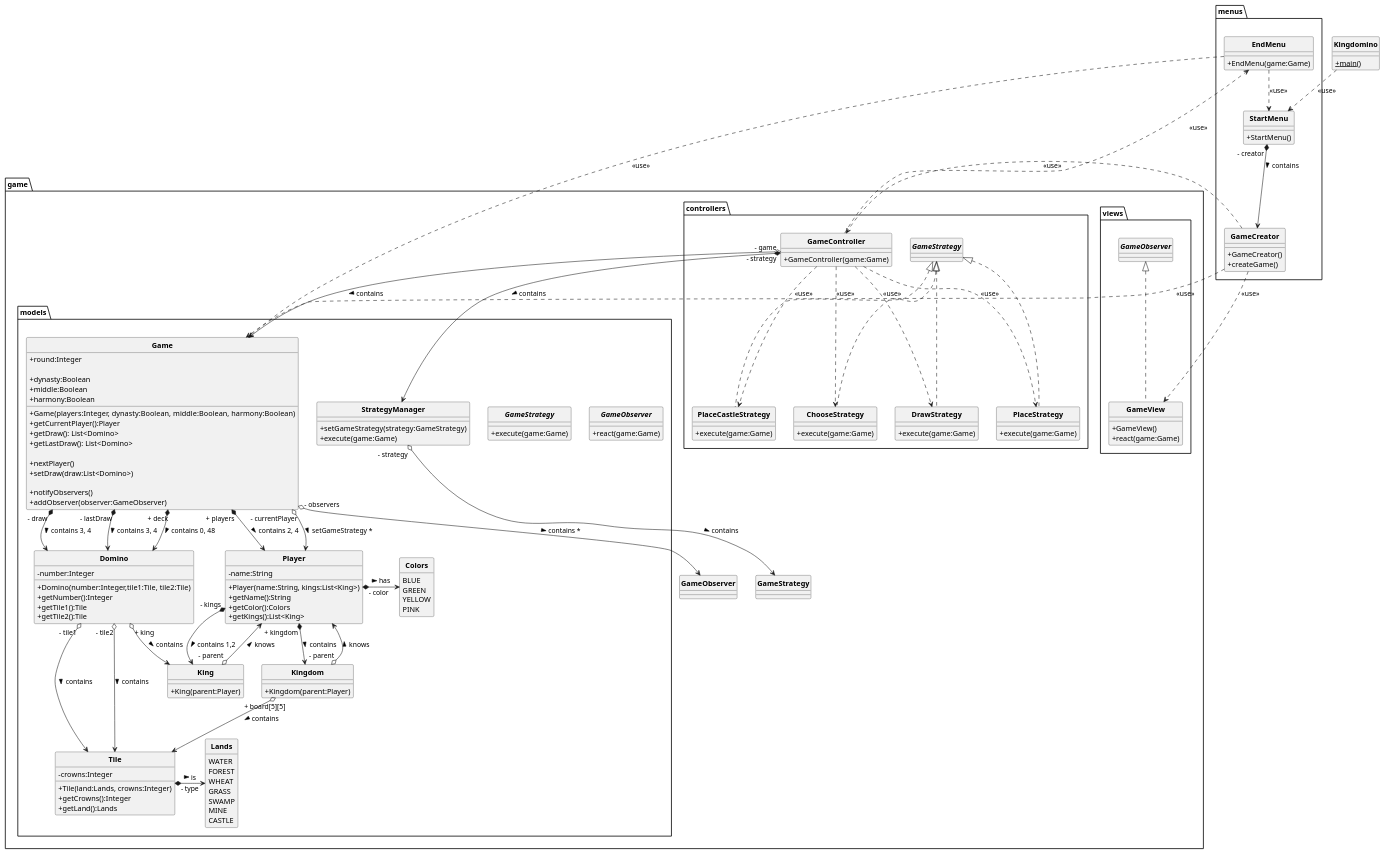
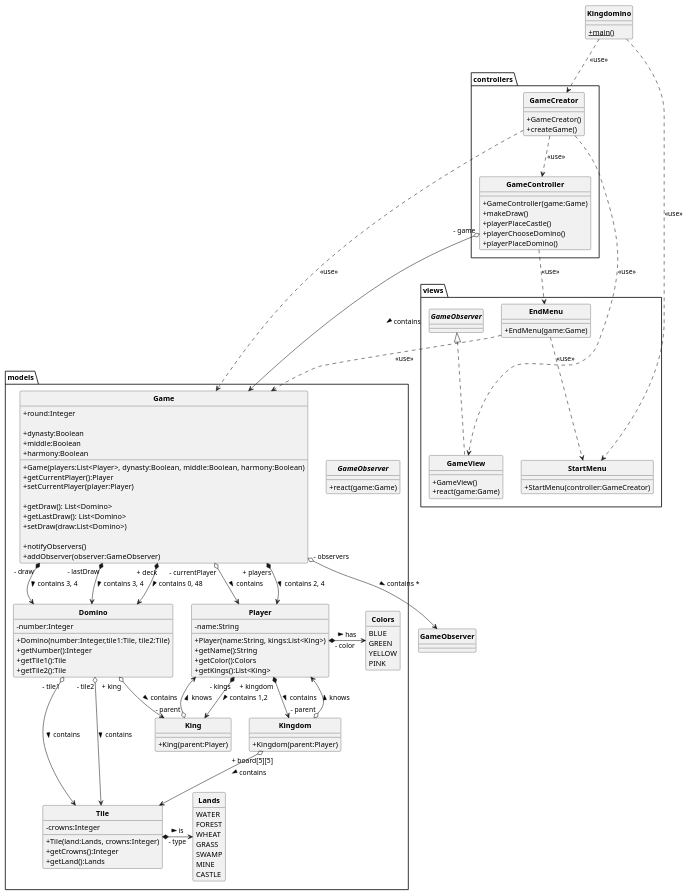
Before and after one commit to FranckG28/KingDomino: the diagram in rendu1/Kingdomino.puml, drawn with PlantUML. The commit also changed 1 other file, not shown here.

Commit message:
Updated PUML Class Diagram

```diff
--- a/rendu1/Kingdomino.puml
+++ b/rendu1/Kingdomino.puml
@@ -1,199 +1,162 @@
 @startuml
 'https://plantuml.com/class-diagram
 
 skinparam style strictuml
 skinparam classAttributeIconSize 0
 skinparam classFontStyle Bold
 hide enum methods
 
 class Kingdomino {
     + {static}main()
 }
 
-package menus {
-
-    class StartMenu {
-       + StartMenu()
-    }
-
-    class EndMenu {
-       + EndMenu(game:Game)
-    }
-
-    class GameCreator {
-        + GameCreator()
-        + createGame()
-    }
-
-}
-
-package game {
-
 package models {
 
         interface GameObserver {
             + react(game:Game)
         }
 
-        interface GameStrategy {
-            + execute(game:Game)
-        }
-
         class Game {
-            + Game(players:Integer, dynasty:Boolean,  middle:Boolean, harmony:Boolean)
+            + Game(players:List<Player>, dynasty:Boolean,  middle:Boolean, harmony:Boolean)
 
             + round:Integer
 
             + dynasty:Boolean
             + middle:Boolean
             + harmony:Boolean
 
             + getCurrentPlayer():Player
+            + setCurrentPlayer(player:Player)
+
             + getDraw(): List<Domino>
             + getLastDraw(): List<Domino>
-
-            + nextPlayer()
             + setDraw(draw:List<Domino>)
 
             + notifyObservers()
             + addObserver(observer:GameObserver)
 
-        }
-
-        class StrategyManager {
-            + setGameStrategy(strategy:GameStrategy)
-            + execute(game:Game)
         }
 
         class Player {
             + Player(name:String, kings:List<King>)
             - name:String
 
             + getName():String
             + getColor():Colors
             + getKings():List<King>
 
         }
 
         class King {
             + King(parent:Player)
         }
 
         class Kingdom {
             + Kingdom(parent:Player)
         }
 
         class Domino {
             + Domino(number:Integer,tile1:Tile, tile2:Tile)
             - number:Integer
 
             + getNumber():Integer
             + getTile1():Tile
             + getTile2():Tile
 
         }
 
         class Tile {
             + Tile(land:Lands, crowns:Integer)
             - crowns:Integer
 
             + getCrowns():Integer
             + getLand():Lands
         }
 
         enum Lands {
             WATER
             FOREST
             WHEAT
             GRASS
             SWAMP
             MINE
             CASTLE
         }
 
         enum Colors {
             BLUE
             GREEN
             YELLOW
             PINK
         }
 
     }
 
     package views {
         class GameView implements GameObserver {
             + GameView()
             + react(game:Game)
         }
+
+        class StartMenu {
+            + StartMenu(controller:GameCreator)
+        }
+
+        class EndMenu {
+           + EndMenu(game:Game)
+        }
     }
 
     package controllers {
 
         class GameController {
             + GameController(game:Game)
+            + makeDraw()
+            + playerPlaceCastle()
+            + playerChooseDomino()
+            + playerPlaceDomino()
         }
 
-        class PlaceCastleStrategy implements GameStrategy {
-            + execute(game:Game)
-        }
-
-        class DrawStrategy implements GameStrategy {
-            + execute(game:Game)
-        }
-
-        class ChooseStrategy implements GameStrategy {
-            + execute(game:Game)
-        }
-
-        class PlaceStrategy implements GameStrategy {
-            + execute(game:Game)
+        class GameCreator {
+            + GameCreator()
+            + createGame()
         }
 
     }
 
     Kingdomino ..> StartMenu : "<<use>>"
+    Kingdomino ..> GameCreator : "<<use>>"
 
     GameCreator ..> Game : "<<use>>"
     GameCreator ..> GameView : "<<use>>"
     GameCreator ..> GameController : "<<use>>"
 
     Game *--> Player : " + players" > contains 2, 4
     Game *--> Domino : " + deck" > contains 0, 48
     Game *--> Domino : " - draw" > contains 3, 4
     Game *--> Domino : " - lastDraw" > contains 3, 4
     Game o--> GameObserver : " - observers" > contains *
-    Game o--> Player : " - currentPlayer" > setGameStrategy *
+    Game o--> Player : " - currentPlayer" > contains
 
     GameController o--> Game : " - game" > contains
-    GameController *--> StrategyManager : " - strategy" > contains
-    GameController ..> DrawStrategy : "<<use>>"
-    GameController ..> ChooseStrategy : "<<use>>"
-    GameController ..> PlaceStrategy : "<<use>>"
-    GameController ..> PlaceCastleStrategy : "<<use>>"
     GameController ..> EndMenu : "<<use>>"
-
-    StrategyManager o--> GameStrategy : " - strategy" > contains
-
-    StartMenu *--> GameCreator : " - creator" > contains
 
     EndMenu ..> Game : "<<use>>"
     EndMenu ..> StartMenu : "<<use>>"
 
     Player *--> Kingdom : " + kingdom" > contains
     Player *--> King : " - kings" > contains 1,2
     Player *-> Colors : " - color" > has
 
     King o--> Player : " - parent" > knows
 
     Kingdom o--> Player : " - parent" > knows
     Kingdom o--> Tile : " + board[5][5]" > contains
 
     Domino o-> Tile : " - tile1" > contains
     Domino o-> Tile : " - tile2" > contains
     Domino o--> King : " + king" > contains
 
     Tile *-> Lands : " - type" > is
 
-}
-
 @enduml
```
